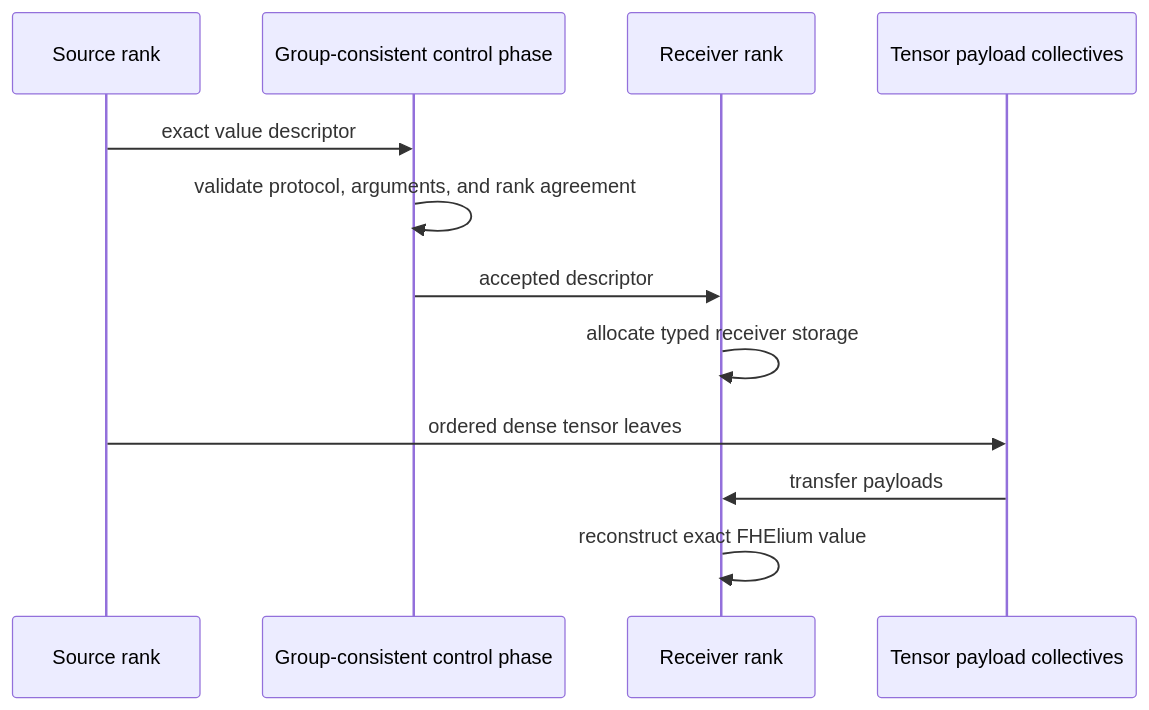
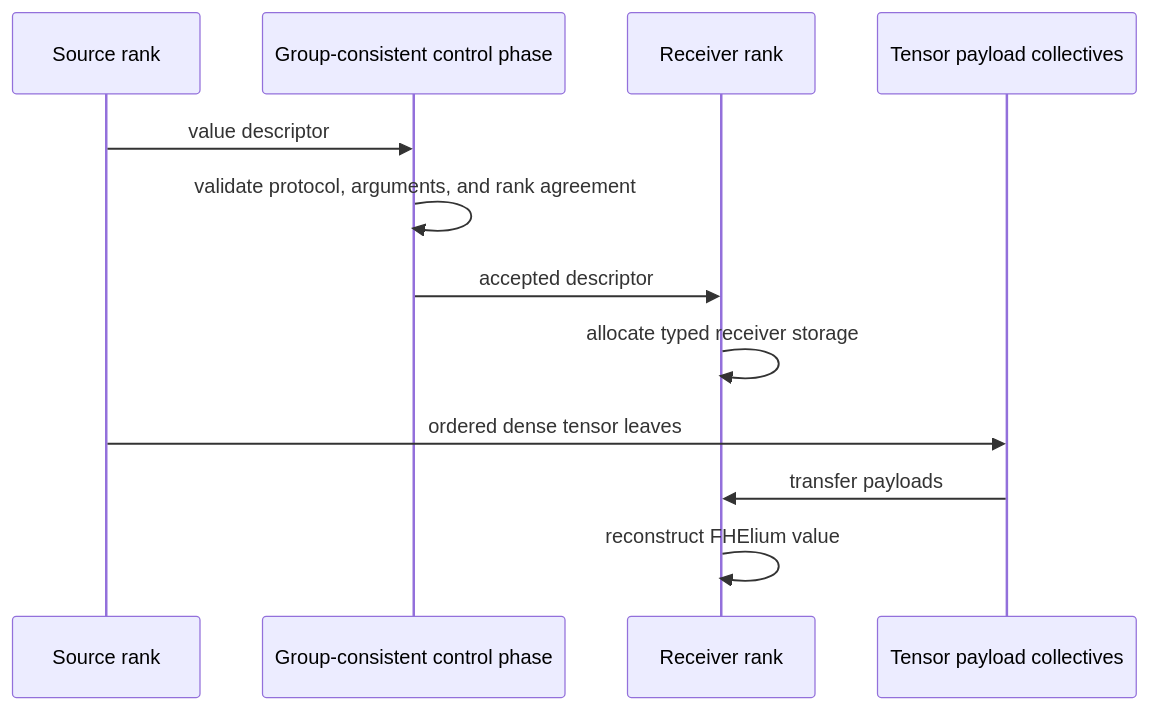
One commit to visualDust/fhelium changed the third of 4 diagrams in docs/developer/distributed-internals.md. Above: the diagram before and after it, drawn with Mermaid. The commit also changed other lines of this file and 222 other files, not shown here.

````diff
--- a/docs/developer/distributed-internals.md
+++ b/docs/developer/distributed-internals.md
@@ -80,15 +80,15 @@
 ```mermaid
 sequenceDiagram
     participant S as Source rank
     participant C as Group-consistent control phase
     participant R as Receiver rank
     participant P as Tensor payload collectives
 
-    S->>C: exact value descriptor
+    S->>C: value descriptor
     C->>C: validate protocol, arguments, and rank agreement
     C->>R: accepted descriptor
     R->>R: allocate typed receiver storage
     S->>P: ordered dense tensor leaves
     P->>R: transfer payloads
-    R->>R: reconstruct exact FHElium value
+    R->>R: reconstruct FHElium value
 ```
````
